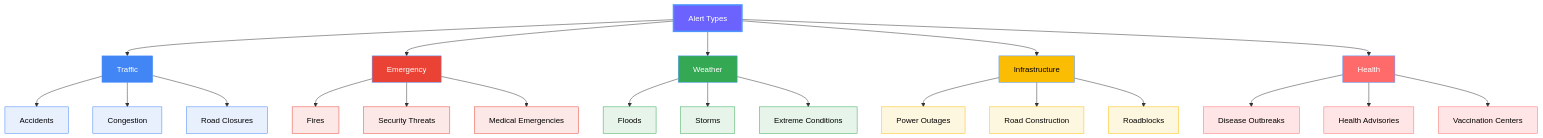
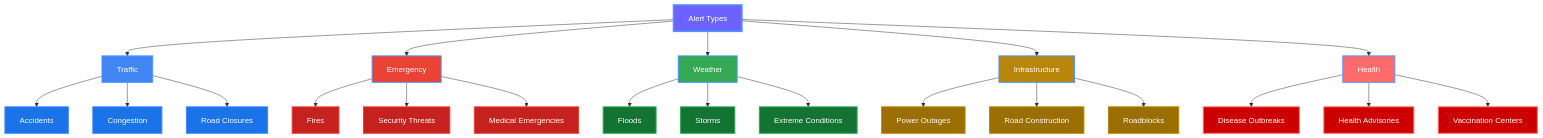
One commit to SairajJadhav08/SRANS--Smart-Regional-Alert-and-Navigation-System changed the third of 18 diagrams in OneDrive/Desktop/README FILE/README.md. Above: the diagram before and after it, drawn with Mermaid.

Commit message:
Update Alert Types diagram: make all text white with darker backgrounds for better visibility

````diff
--- a/OneDrive/Desktop/README FILE/README.md
+++ b/OneDrive/Desktop/README FILE/README.md
@@ -121,52 +121,52 @@
 ```mermaid
 graph TB
     Root[Alert Types] 
     
     Root --> Traffic[Traffic]
     Root --> Emergency[Emergency]
     Root --> Weather[Weather]
     Root --> Infrastructure[Infrastructure]
     Root --> Health[Health]
     
     Traffic --> T1[Accidents]
     Traffic --> T2[Congestion]
     Traffic --> T3[Road Closures]
     
     Emergency --> E1[Fires]
     Emergency --> E2[Security Threats]
     Emergency --> E3[Medical Emergencies]
     
     Weather --> W1[Floods]
     Weather --> W2[Storms]
     Weather --> W3[Extreme Conditions]
     
     Infrastructure --> I1[Power Outages]
     Infrastructure --> I2[Road Construction]
     Infrastructure --> I3[Roadblocks]
     
     Health --> H1[Disease Outbreaks]
     Health --> H2[Health Advisories]
     Health --> H3[Vaccination Centers]
     
     style Root fill:#6C63FF,stroke:#4D96FF,color:#fff,stroke-width:3px
-    style Traffic fill:#4285F4,stroke:#4D96FF,color:#fff
-    style Emergency fill:#EA4335,stroke:#4D96FF,color:#fff
-    style Weather fill:#34A853,stroke:#4D96FF,color:#fff
-    style Infrastructure fill:#FBBC04,stroke:#4D96FF,color:#000
-    style Health fill:#FF6B6B,stroke:#4D96FF,color:#fff
-    style T1 fill:#E8F0FE,stroke:#4285F4,color:#000
-    style T2 fill:#E8F0FE,stroke:#4285F4,color:#000
-    style T3 fill:#E8F0FE,stroke:#4285F4,color:#000
-    style E1 fill:#FCE8E6,stroke:#EA4335,color:#000
-    style E2 fill:#FCE8E6,stroke:#EA4335,color:#000
-    style E3 fill:#FCE8E6,stroke:#EA4335,color:#000
-    style W1 fill:#E6F4EA,stroke:#34A853,color:#000
-    style W2 fill:#E6F4EA,stroke:#34A853,color:#000
-    style W3 fill:#E6F4EA,stroke:#34A853,color:#000
-    style I1 fill:#FEF7E0,stroke:#FBBC04,color:#000
-    style I2 fill:#FEF7E0,stroke:#FBBC04,color:#000
-    style I3 fill:#FEF7E0,stroke:#FBBC04,color:#000
-    style H1 fill:#FFE5E5,stroke:#FF6B6B,color:#000
-    style H2 fill:#FFE5E5,stroke:#FF6B6B,color:#000
-    style H3 fill:#FFE5E5,stroke:#FF6B6B,color:#000
+    style Traffic fill:#4285F4,stroke:#4D96FF,color:#fff,stroke-width:2px
+    style Emergency fill:#EA4335,stroke:#4D96FF,color:#fff,stroke-width:2px
+    style Weather fill:#34A853,stroke:#4D96FF,color:#fff,stroke-width:2px
+    style Infrastructure fill:#B8860B,stroke:#4D96FF,color:#fff,stroke-width:2px
+    style Health fill:#FF6B6B,stroke:#4D96FF,color:#fff,stroke-width:2px
+    style T1 fill:#1A73E8,stroke:#4285F4,color:#fff,stroke-width:2px
+    style T2 fill:#1A73E8,stroke:#4285F4,color:#fff,stroke-width:2px
+    style T3 fill:#1A73E8,stroke:#4285F4,color:#fff,stroke-width:2px
+    style E1 fill:#C5221F,stroke:#EA4335,color:#fff,stroke-width:2px
+    style E2 fill:#C5221F,stroke:#EA4335,color:#fff,stroke-width:2px
+    style E3 fill:#C5221F,stroke:#EA4335,color:#fff,stroke-width:2px
+    style W1 fill:#137333,stroke:#34A853,color:#fff,stroke-width:2px
+    style W2 fill:#137333,stroke:#34A853,color:#fff,stroke-width:2px
+    style W3 fill:#137333,stroke:#34A853,color:#fff,stroke-width:2px
+    style I1 fill:#9A6E00,stroke:#B8860B,color:#fff,stroke-width:2px
+    style I2 fill:#9A6E00,stroke:#B8860B,color:#fff,stroke-width:2px
+    style I3 fill:#9A6E00,stroke:#B8860B,color:#fff,stroke-width:2px
+    style H1 fill:#CC0000,stroke:#FF6B6B,color:#fff,stroke-width:2px
+    style H2 fill:#CC0000,stroke:#FF6B6B,color:#fff,stroke-width:2px
+    style H3 fill:#CC0000,stroke:#FF6B6B,color:#fff,stroke-width:2px
 ```
````
